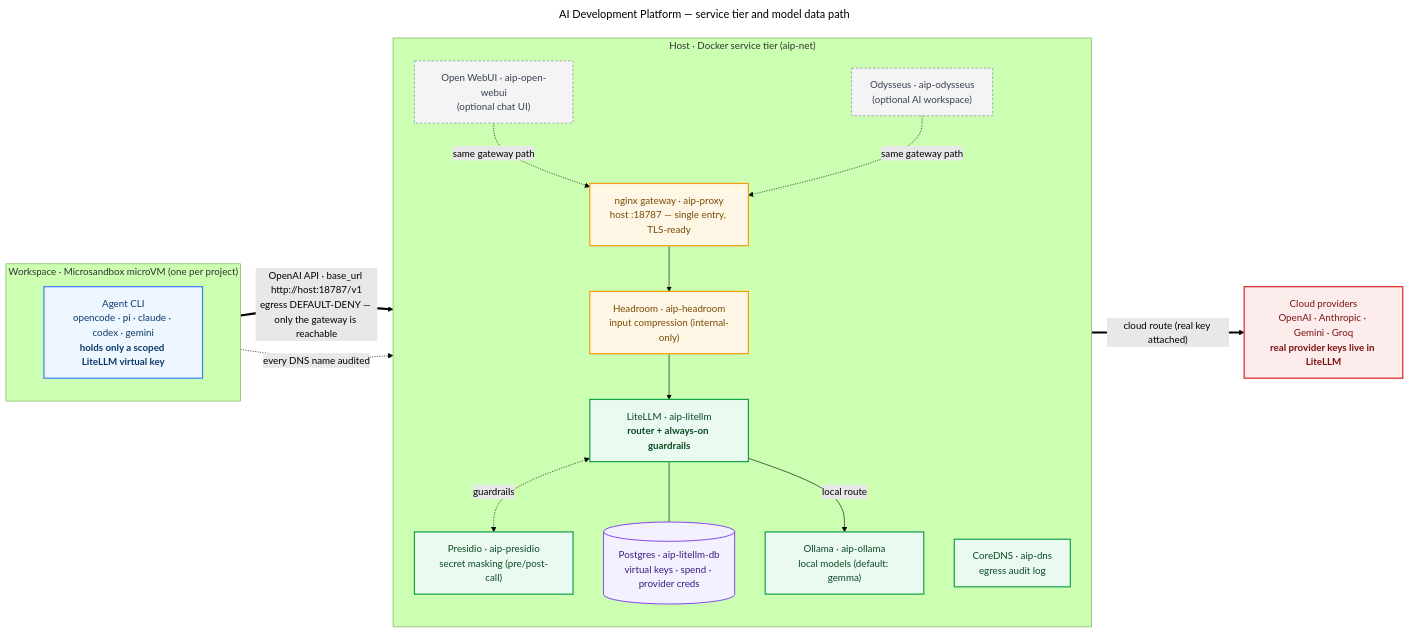
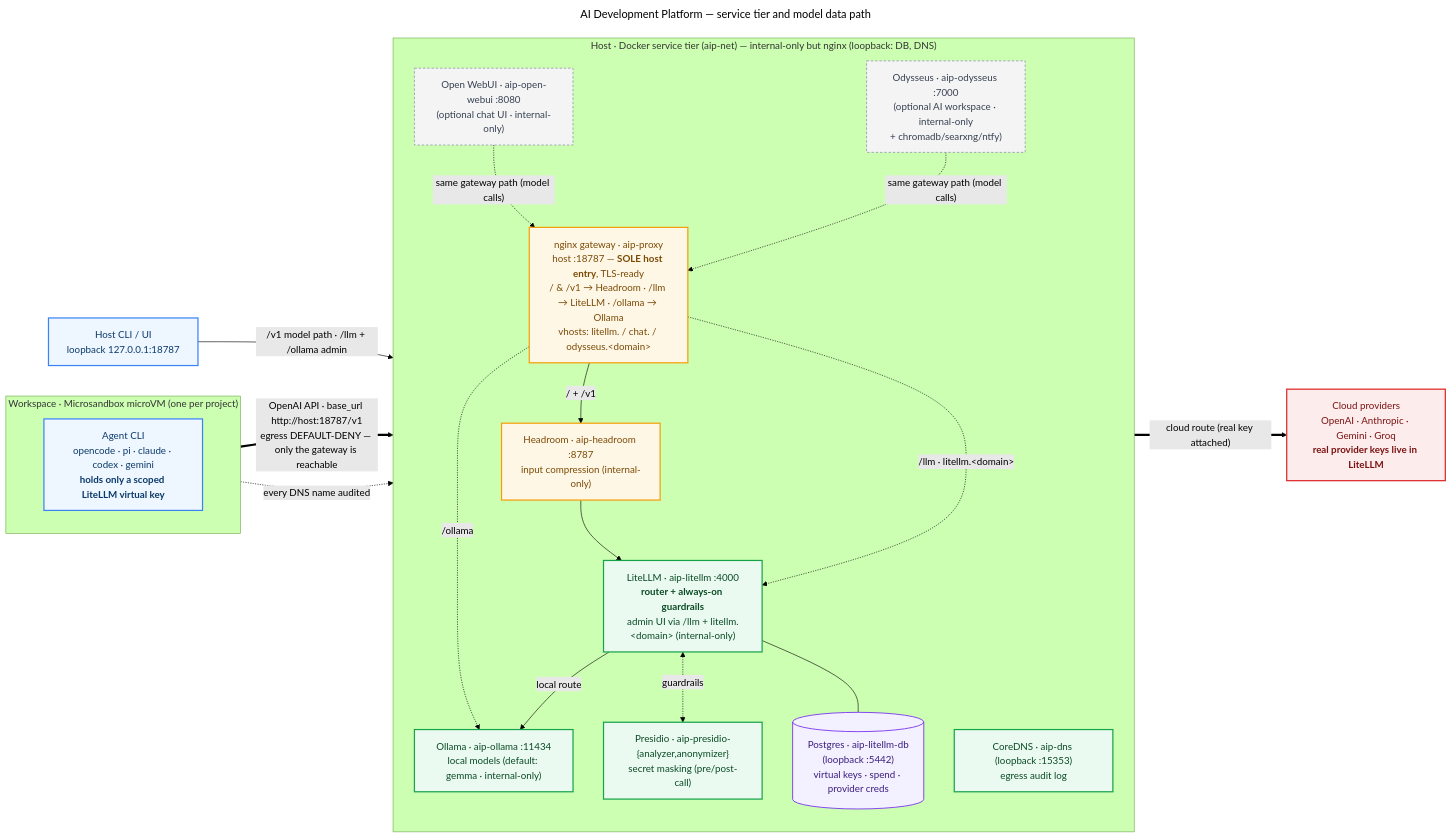
The diagram in docs/architecture.mmd (jt-helsinki/stack-genie), drawn with Mermaid (forest theme) before and after one commit. The commit also changed 12 other files, not shown here.

```diff
--- a/docs/architecture.mmd
+++ b/docs/architecture.mmd
@@ -1,41 +1,45 @@
 ---
 title: AI Development Platform — service tier and model data path
 ---
 flowchart LR
   classDef vm fill:#eef6ff,stroke:#3b82f6,stroke-width:2px,color:#0b3a6b;
   classDef gw fill:#fff7e6,stroke:#f59e0b,stroke-width:2px,color:#7a4a05;
   classDef core fill:#eafaf0,stroke:#16a34a,stroke-width:2px,color:#0b4a25;
   classDef store fill:#f3f0ff,stroke:#7c3aed,stroke-width:1.5px,color:#3b1d80;
   classDef opt fill:#f4f4f5,stroke:#9ca3af,stroke-width:1.5px,stroke-dasharray:4 3,color:#374151;
   classDef cloud fill:#fdecec,stroke:#dc2626,stroke-width:2px,color:#7a1212;
 
   subgraph WS["Workspace · Microsandbox microVM (one per project)"]
     direction TB
     AGENT["Agent CLI<br/>opencode · pi · claude · codex · gemini<br/><b>holds only a scoped LiteLLM virtual key</b>"]:::vm
   end
 
-  subgraph TIER["Host · Docker service tier (aip-net)"]
+  subgraph TIER["Host · Docker service tier (aip-net) — internal-only but nginx (loopback: DB, DNS)"]
     direction TB
-    PROXY["nginx gateway · aip-proxy<br/>host :18787 — single entry, TLS-ready"]:::gw
-    HEAD["Headroom · aip-headroom<br/>input compression (internal-only)"]:::gw
-    LLM["LiteLLM · aip-litellm<br/><b>router + always-on guardrails</b>"]:::core
-    PG[("Postgres · aip-litellm-db<br/>virtual keys · spend · provider creds")]:::store
-    PRES["Presidio · aip-presidio<br/>secret masking (pre/post-call)"]:::core
-    OLL["Ollama · aip-ollama<br/>local models (default: gemma)"]:::core
-    DNS["CoreDNS · aip-dns<br/>egress audit log"]:::core
+    PROXY["nginx gateway · aip-proxy<br/>host :18787 — <b>SOLE host entry</b>, TLS-ready<br/>/ &amp; /v1 → Headroom · /llm → LiteLLM · /ollama → Ollama<br/>vhosts: litellm. / chat. / odysseus.&lt;domain&gt;"]:::gw
+    HEAD["Headroom · aip-headroom :8787<br/>input compression (internal-only)"]:::gw
+    LLM["LiteLLM · aip-litellm :4000<br/><b>router + always-on guardrails</b><br/>admin UI via /llm + litellm.&lt;domain&gt; (internal-only)"]:::core
+    PG[("Postgres · aip-litellm-db<br/>(loopback :5442)<br/>virtual keys · spend · provider creds")]:::store
+    PRES["Presidio · aip-presidio-{analyzer,anonymizer}<br/>secret masking (pre/post-call)"]:::core
+    OLL["Ollama · aip-ollama :11434<br/>local models (default: gemma · internal-only)"]:::core
+    DNS["CoreDNS · aip-dns (loopback :15353)<br/>egress audit log"]:::core
 
-    OWUI["Open WebUI · aip-open-webui<br/>(optional chat UI)"]:::opt
-    ODY["Odysseus · aip-odysseus<br/>(optional AI workspace)"]:::opt
+    OWUI["Open WebUI · aip-open-webui :8080<br/>(optional chat UI · internal-only)"]:::opt
+    ODY["Odysseus · aip-odysseus :7000<br/>(optional AI workspace · internal-only<br/>+ chromadb/searxng/ntfy)"]:::opt
   end
 
+  CLI["Host CLI / UI<br/>loopback 127.0.0.1:18787"]:::vm
   CLOUD["Cloud providers<br/>OpenAI · Anthropic · Gemini · Groq<br/><b>real provider keys live in LiteLLM</b>"]:::cloud
 
   AGENT == "OpenAI API · base_url http://host:18787/v1<br/>egress DEFAULT-DENY — only the gateway is reachable" ==> PROXY
+  CLI -- "/v1 model path · /llm + /ollama admin" --> PROXY
   AGENT -. "every DNS name audited" .-> DNS
-  PROXY --> HEAD --> LLM
+  PROXY -- "/ + /v1" --> HEAD --> LLM
+  PROXY -. "/llm · litellm.&lt;domain&gt;" .-> LLM
+  PROXY -. "/ollama" .-> OLL
   LLM <-. "guardrails" .-> PRES
   LLM --- PG
   LLM -- "local route" --> OLL
   LLM == "cloud route (real key attached)" ==> CLOUD
-  OWUI -. "same gateway path" .-> PROXY
-  ODY  -. "same gateway path" .-> PROXY
+  OWUI -. "same gateway path (model calls)" .-> PROXY
+  ODY  -. "same gateway path (model calls)" .-> PROXY
```
